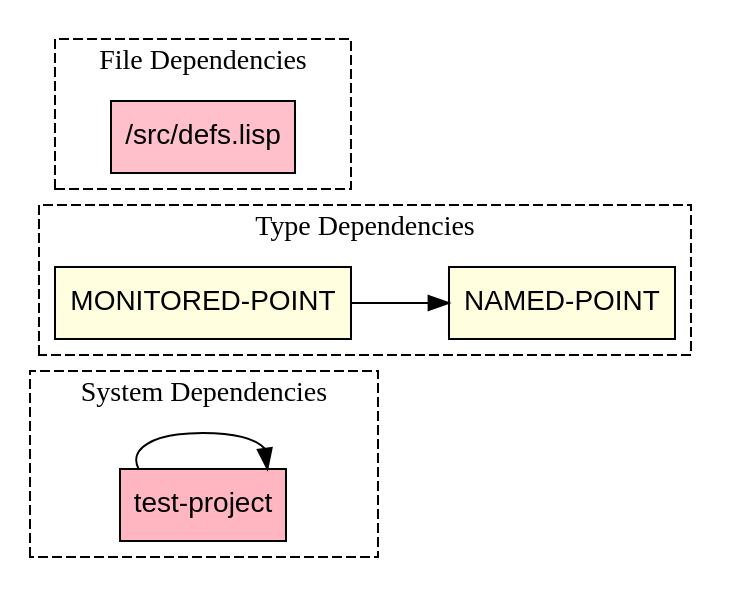
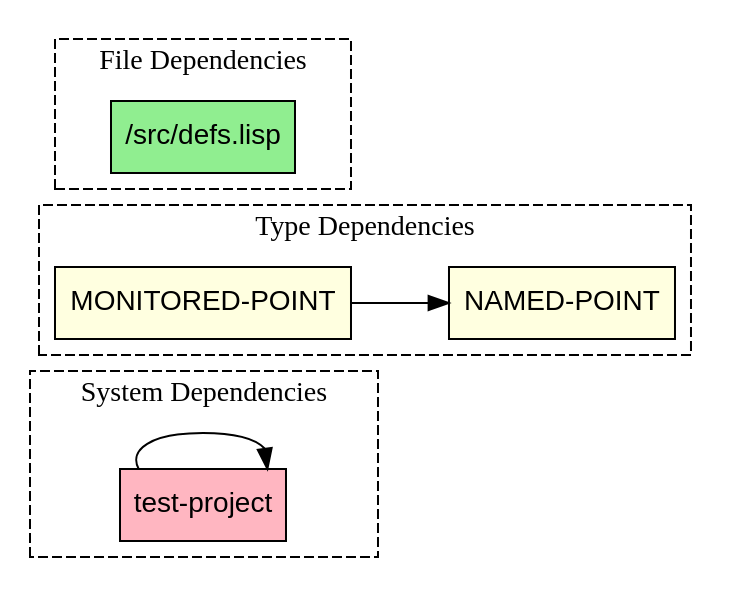
Before and after one commit to davypough/dependency-analyzer: the diagram in reports/TEST-PROJECT-report.dot, drawn with Graphviz. The commit also changed 6 other files, not shown here.

```diff
--- a/reports/TEST-PROJECT-report.dot
+++ b/reports/TEST-PROJECT-report.dot
@@ -1,36 +1,36 @@
 digraph Dependencies {
   rankdir=LR;
   compound=true;
   node [shape=box, fontname="Arial"];
   edge [fontname="Arial"];
   subgraph cluster_systems {
     label="System Dependencies";
     style=dashed;
     node [style=filled,fillcolor=lightpink];
     "sys_test_project" [label="test-project"];
     "sys_test_project" -> "sys_test_project";
   }
 
   subgraph cluster_packages {
     label="Package Dependencies";
     style=dashed;
     node [style=filled,fillcolor=lightgrey];
   }
 
   subgraph cluster_types {
     label="Type Dependencies";
     style=dashed;
     node [style=filled,fillcolor=lightyellow];
     "type_named_point" [label="NAMED-POINT"];
     "type_monitored_point" [label="MONITORED-POINT"];
     "type_named_point" [label="NAMED-POINT"];
     "type_monitored_point" -> "type_named_point";
   }
 
   subgraph cluster_files {
     label="File Dependencies";
     style=dashed;
     node [style=filled,fillcolor=lightblue];
-    "defs_lisp" [label="/src/defs.lisp",fillcolor=pink];
+    "defs_lisp" [label="/src/defs.lisp",fillcolor=lightgreen];
   }
 }
```
